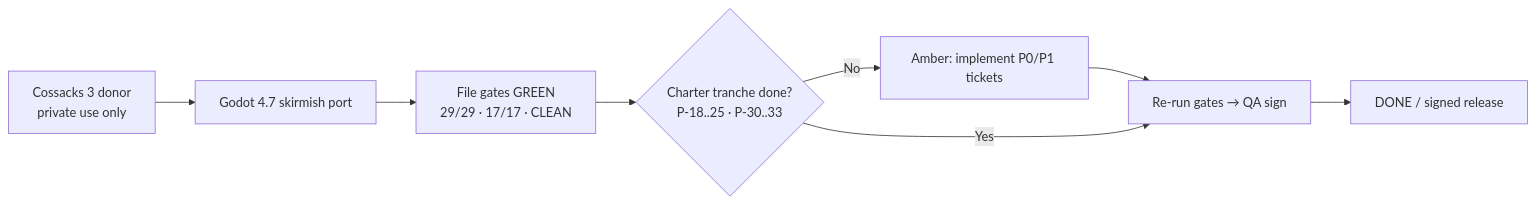
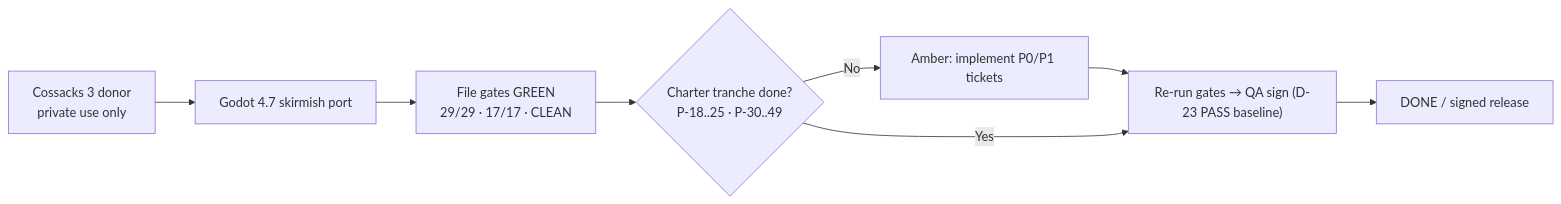
Before and after one commit to xevilmaxx/CossacksGodot: the first of 4 diagrams in docs/RESUME.md, drawn with Mermaid. The commit also changed other lines of this file and 1531 other files, not shown here.

````diff
--- a/docs/RESUME.md
+++ b/docs/RESUME.md
@@ -56,10 +58,10 @@
 ```mermaid
 flowchart LR
   A["Cossacks 3 donor<br/>private use only"] --> B["Godot 4.7 skirmish port"]
   B --> C["File gates GREEN<br/>29/29 · 17/17 · CLEAN"]
-  C --> D{"Charter tranche done?<br/>P-18..25 · P-30..33"}
+  C --> D{"Charter tranche done?<br/>P-18..25 · P-30..49"}
   D -- No --> E["Amber: implement P0/P1 tickets"]
-  E --> F["Re-run gates → QA sign"]
+  E --> F["Re-run gates → QA sign (D-23 PASS baseline)"]
   D -- Yes --> F
   F --> G["DONE / signed release"]
 ```
````
